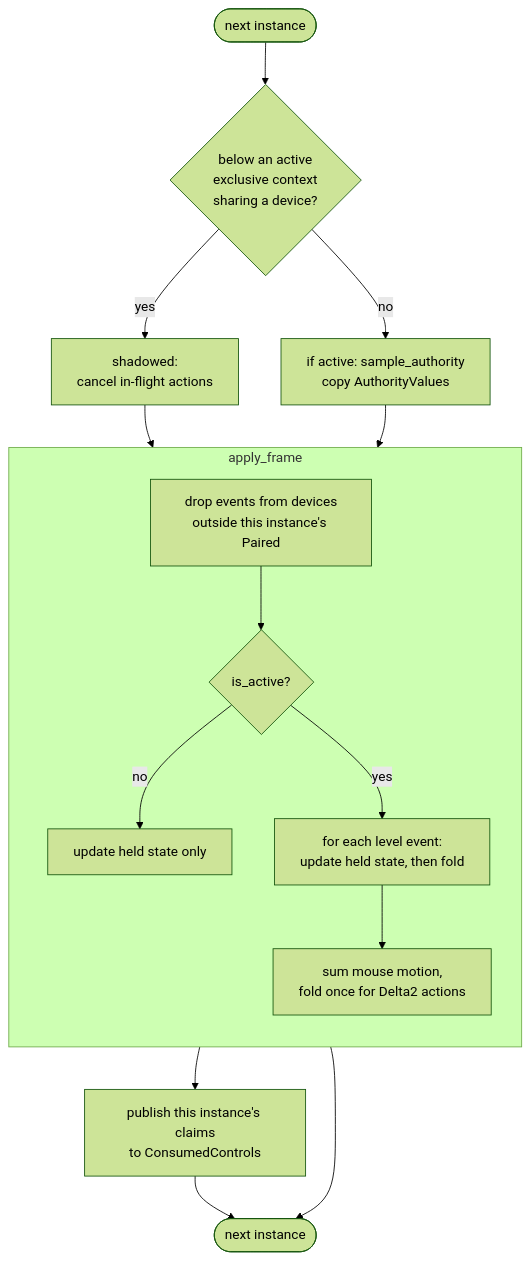
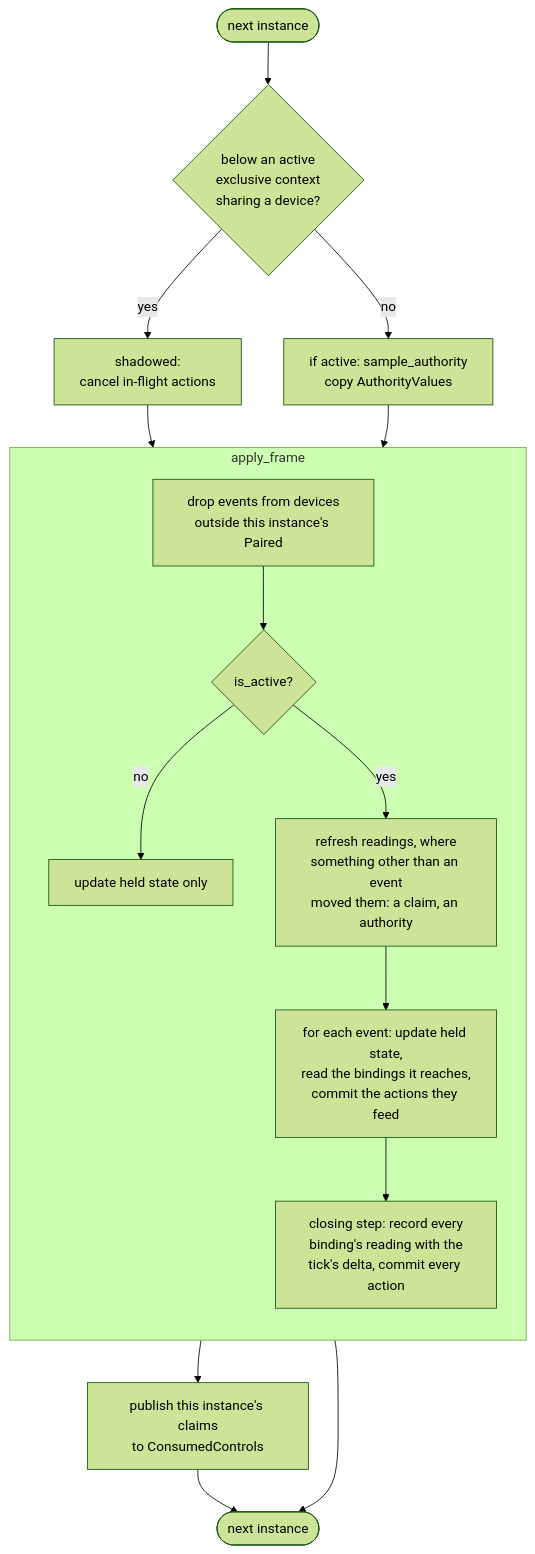
Before and after one commit to viridia/bevy_action_map: the fourth of 16 diagrams in docs/architecture.md, drawn with Mermaid (forest theme). The commit also changed other lines of this file and 5 other files, not shown here.

First line of the commit message:
The comparison shows each crate's setup, and stale claims corrected

````diff
--- a/docs/architecture.md
+++ b/docs/architecture.md
@@ -185,19 +186,20 @@
 ```mermaid
 flowchart TB
     start([next instance]) --> shadow{"below an active<br/>exclusive context<br/>sharing a device?"}
     shadow -- yes --> sh["shadowed:<br/>cancel in-flight actions"]
     shadow -- no --> auth
     auth["if active: sample_authority<br/>copy AuthorityValues"]
     sh --> filter
     auth --> filter
     subgraph af["apply_frame"]
         direction TB
         filter["drop events from devices<br/>outside this instance's Paired"] --> active
         active{"is_active?"} -- no --> held["update held state only"]
-        active -- yes --> e1["for each level event:<br/>update held state, then fold"]
-        e1 --> e2["sum mouse motion,<br/>fold once for Delta2 actions"]
+        active -- yes --> refresh["refresh readings, where<br/>something other than an event<br/>moved them: a claim, an authority"]
+        refresh --> e1["for each event: update held state,<br/>read the bindings it reaches,<br/>commit the actions they feed"]
+        e1 --> close["closing step: record every<br/>binding's reading with the<br/>tick's delta, commit every action"]
     end
     held --> next([next instance])
-    e2 --> claims["publish this instance's claims<br/>to ConsumedControls"]
+    close --> claims["publish this instance's claims<br/>to ConsumedControls"]
     claims --> next
 ```
````
